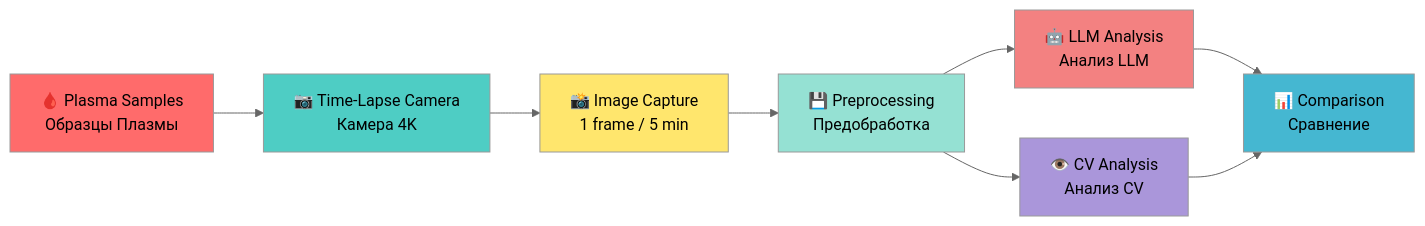
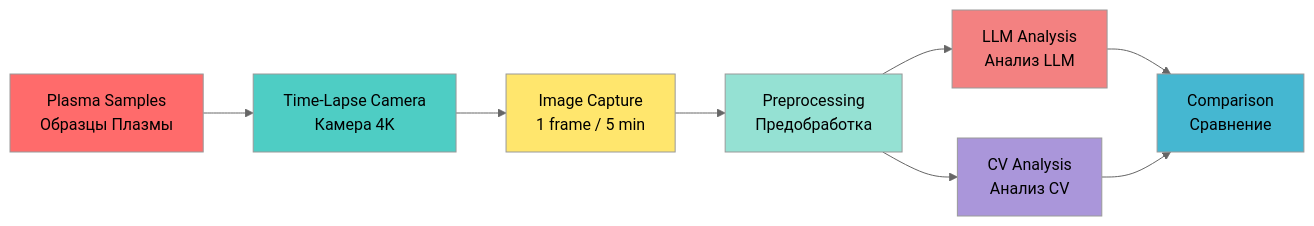
One commit to AdvancedScientificResearchProjects/Hyperbolic_Field_BloodPlasma_Study changed the fourth of 6 diagrams in ADVANCED_SCIENTIFIC_RESEARCH_PROJECTS/Hyperbolic_Field_BloodPlasma_Study/README.md. Above: the diagram before and after it, drawn with Mermaid (neutral theme). The commit also changed other lines of this file and 46 other files, not shown here.

````diff
--- a/ADVANCED_SCIENTIFIC_RESEARCH_PROJECTS/Hyperbolic_Field_BloodPlasma_Study/README.md
+++ b/ADVANCED_SCIENTIFIC_RESEARCH_PROJECTS/Hyperbolic_Field_BloodPlasma_Study/README.md
@@ -134,18 +134,18 @@
 ```mermaid
 flowchart LR
-    A[🩸 Plasma Samples<br/>Образцы Плазмы] --> B[📷 Time-Lapse Camera<br/>Камера 4K]
-    B --> C[📸 Image Capture<br/>1 frame / 5 min]
-    C --> D[💾 Preprocessing<br/>Предобработка]
-    D --> E[🤖 LLM Analysis<br/>Анализ LLM]
-    D --> F[👁️ CV Analysis<br/>Анализ CV]
-    E --> G[📊 Comparison<br/>Сравнение]
+    A[ Plasma Samples<br/>Образцы Плазмы] --> B[ Time-Lapse Camera<br/>Камера 4K]
+    B --> C[ Image Capture<br/>1 frame / 5 min]
+    C --> D[ Preprocessing<br/>Предобработка]
+    D --> E[ LLM Analysis<br/>Анализ LLM]
+    D --> F[ CV Analysis<br/>Анализ CV]
+    E --> G[ Comparison<br/>Сравнение]
     F --> G
     
     style A fill:#ff6b6b
     style B fill:#4ecdc4
     style C fill:#ffe66d
     style D fill:#95e1d3
     style E fill:#f38181
     style F fill:#aa96da
     style G fill:#45b7d1
 ```
````
